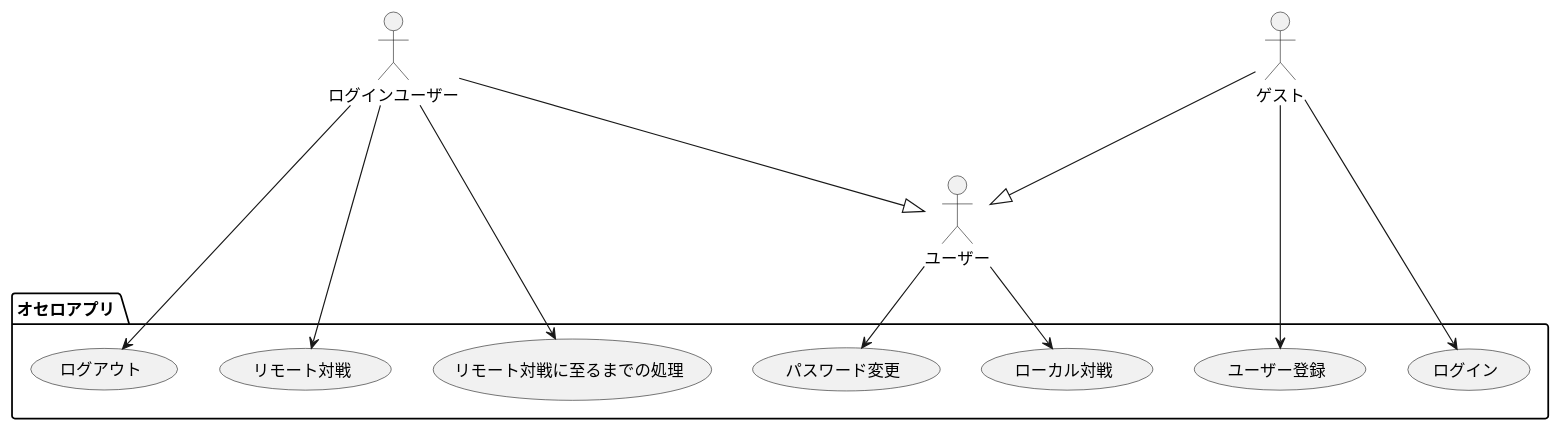
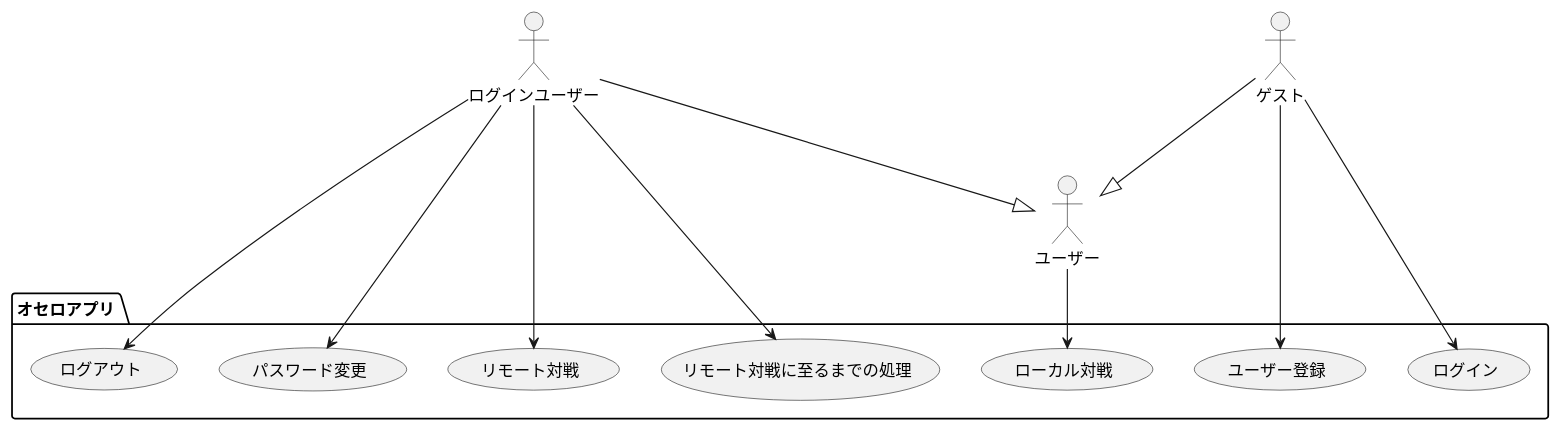
Before and after one commit to tomoki-shiozaki/othello: the diagram in docs/usecase/usecase_diagram.pu, drawn with PlantUML. The commit also changed 7 other files, not shown here.

```diff
--- a/docs/usecase/usecase_diagram.pu
+++ b/docs/usecase/usecase_diagram.pu
@@ -1,19 +1,19 @@
 @startuml usecase
 skinparam defaultFontName "Noto Sans CJK JP"
 actor ログインユーザー
 actor ゲスト
 actor ユーザー
 
 ゲスト --|> ユーザー
 ログインユーザー --|> ユーザー
 
 package "オセロアプリ " {
 ゲスト --> (ユーザー登録)
 ゲスト --> (ログイン)
 ログインユーザー --> (ログアウト)
-ユーザー --> (パスワード変更)
+ログインユーザー --> (パスワード変更)
 ログインユーザー --> (リモート対戦)
 ユーザー --> (ローカル対戦)
 ログインユーザー --> (リモート対戦に至るまでの処理)
 }
 @enduml
```
